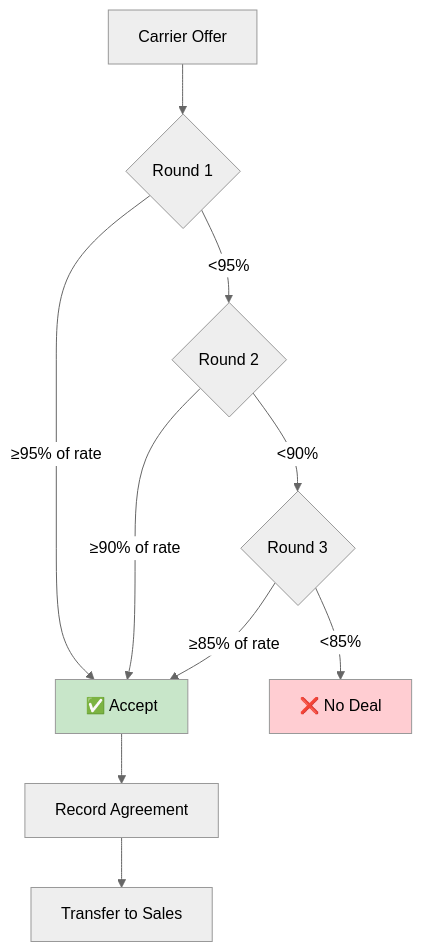
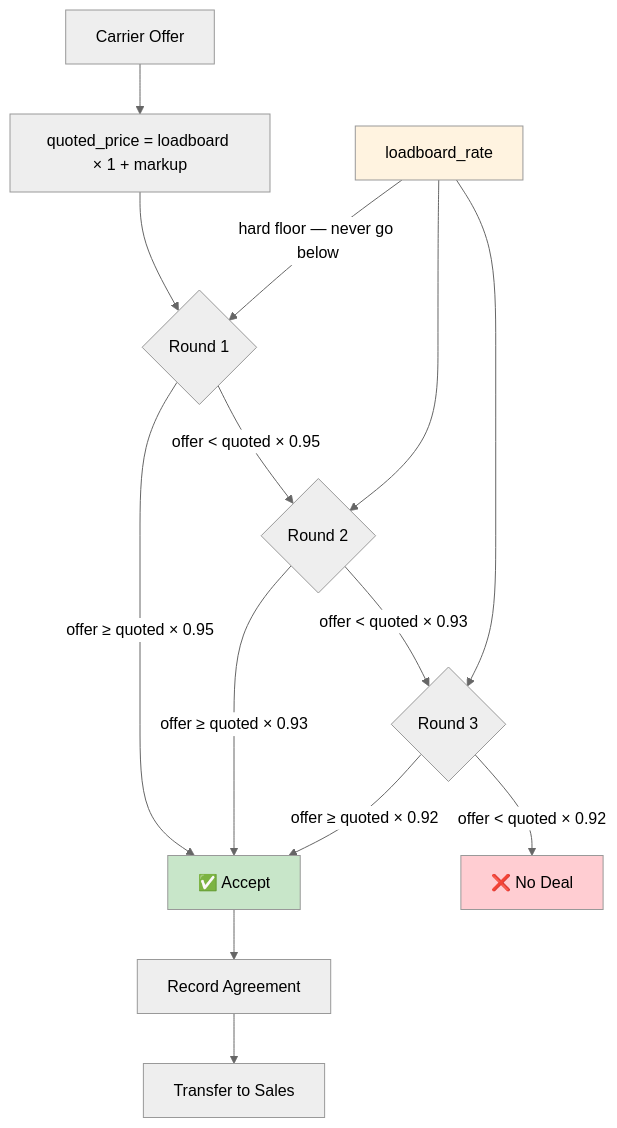
Before and after one commit to miguelpalospou/happy-robot-challenge: the tenth of 13 diagrams in README.md, drawn with Mermaid (neutral theme). The commit also changed other lines of this file, not shown here.

First line of the commit message:
Update README with markup negotiation logic and current strategy values

````diff
--- a/README.md
+++ b/README.md
@@ -433,16 +444,22 @@
 ```mermaid
 flowchart TD
-    A[Carrier Offer] --> B{Round 1}
-    B -->|≥95% of rate| C[✅ Accept]
-    B -->|<95%| D{Round 2}
-    D -->|≥90% of rate| C
-    D -->|<90%| E{Round 3}
-    E -->|≥85% of rate| C
-    E -->|<85%| F[❌ No Deal]
-    
-    C --> G[Record Agreement]
-    G --> H[Transfer to Sales]
-    
-    style C fill:#c8e6c9
-    style F fill:#ffcdd2
+    A[Carrier Offer] --> B[quoted_price = loadboard × 1 + markup]
+    B --> C{Round 1}
+    C -->|offer ≥ quoted × 0.95| D[✅ Accept]
+    C -->|offer < quoted × 0.95| E{Round 2}
+    E -->|offer ≥ quoted × 0.93| D
+    E -->|offer < quoted × 0.93| F{Round 3}
+    F -->|offer ≥ quoted × 0.92| D
+    F -->|offer < quoted × 0.92| G[❌ No Deal]
+
+    D --> H[Record Agreement]
+    H --> I[Transfer to Sales]
+
+    J[loadboard_rate] -->|hard floor — never go below| C
+    J --> E
+    J --> F
+
+    style D fill:#c8e6c9
+    style G fill:#ffcdd2
+    style J fill:#fff3e0
 ```
````
